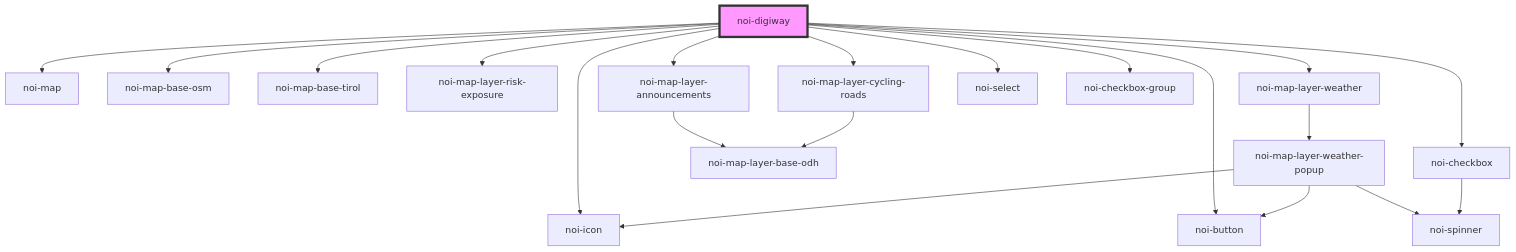
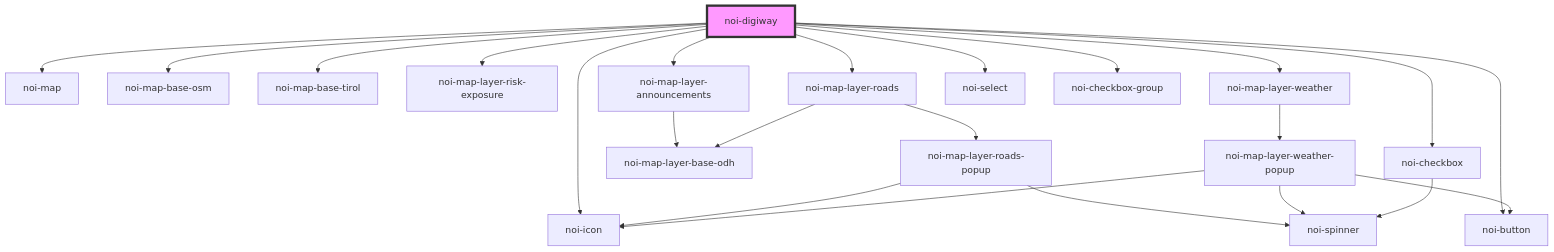
Before and after one commit to MaxXx1313/webcomp-digiway: the diagram in src/public-components/digiway/readme.md, drawn with Mermaid. The commit also changed other lines of this file and 5 other files, not shown here.

Commit message:
noi-techpark/webcomp-digiway-data#8 update docs

````diff
--- a/src/public-components/digiway/readme.md
+++ b/src/public-components/digiway/readme.md
@@ -74,23 +74,26 @@
 ```mermaid
 graph TD;
   noi-digiway --> noi-icon
   noi-digiway --> noi-map
   noi-digiway --> noi-map-base-osm
   noi-digiway --> noi-map-base-tirol
   noi-digiway --> noi-map-layer-risk-exposure
   noi-digiway --> noi-map-layer-announcements
-  noi-digiway --> noi-map-layer-cycling-roads
+  noi-digiway --> noi-map-layer-roads
   noi-digiway --> noi-map-layer-weather
   noi-digiway --> noi-select
   noi-digiway --> noi-checkbox
   noi-digiway --> noi-checkbox-group
   noi-digiway --> noi-button
   noi-map-layer-announcements --> noi-map-layer-base-odh
-  noi-map-layer-cycling-roads --> noi-map-layer-base-odh
+  noi-map-layer-roads --> noi-map-layer-base-odh
+  noi-map-layer-roads --> noi-map-layer-roads-popup
+  noi-map-layer-roads-popup --> noi-icon
+  noi-map-layer-roads-popup --> noi-spinner
   noi-map-layer-weather --> noi-map-layer-weather-popup
   noi-map-layer-weather-popup --> noi-icon
   noi-map-layer-weather-popup --> noi-button
   noi-map-layer-weather-popup --> noi-spinner
   noi-checkbox --> noi-spinner
   style noi-digiway fill:#f9f,stroke:#333,stroke-width:4px
 ```
````
